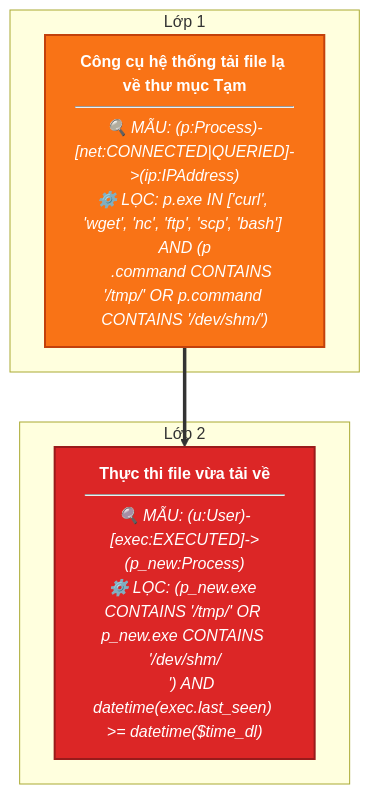
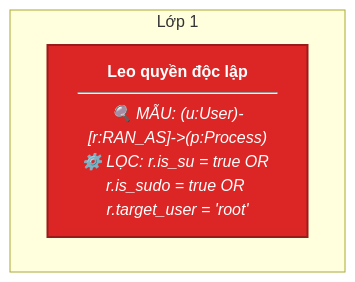
Before and after one commit to ttm62/bug-free-doodle: the ninth of 15 diagrams in all_rules/README.md, drawn with Mermaid. The commit also changed other lines of this file and 25 other files, not shown here.

````diff
--- a/all_rules/README.md
+++ b/all_rules/README.md
@@ -95,15 +140,11 @@
 ```mermaid
 graph TD
     classDef low fill:#fef08a,stroke:#ca8a04,stroke-width:2px,color:#854d0e;
     classDef medium fill:#f97316,stroke:#c2410c,stroke-width:2px,color:#fff;
     classDef high fill:#dc2626,stroke:#991b1b,stroke-width:2px,color:#fff;
     classDef critical fill:#7f1d1d,stroke:#450a0a,stroke-width:2px,color:#fff;
 
-    subgraph Layer_L1_LOLBIN_NETWORK ["Lớp 1"]
-        L1_LOLBIN_NETWORK["<b>Công cụ hệ thống tải file lạ về thư mục Tạm</b><br/><hr/><i>🔍 MẪU: (p:Process)-[net:CONNECTED|QUERIED]->(ip:IPAddress)<br/>⚙️ LỌC: p.exe IN ['curl', 'wget', 'nc', 'ftp', 'scp', 'bash'] AND (p<br/>&nbsp;&nbsp;&nbsp;&nbsp;.command CONTAINS '/tmp/' OR p.command CONTAINS '/dev/shm/')</i>"]:::medium
+    subgraph Layer_L1_PRIVESC ["Lớp 1"]
+        L1_PRIVESC["<b>Leo quyền độc lập</b><br/><hr/><i>🔍 MẪU: (u:User)-[r:RAN_AS]->(p:Process)<br/>⚙️ LỌC: r.is_su = true OR r.is_sudo = true OR r.target_user = 'root'</i>"]:::high
     end
-    subgraph Layer_L2_EXECUTE_DOWNLOADED_PAYLOAD ["Lớp 2"]
-        L2_EXECUTE_DOWNLOADED_PAYLOAD["<b>Thực thi file vừa tải về</b><br/><hr/><i>🔍 MẪU: (u:User)-[exec:EXECUTED]->(p_new:Process)<br/>⚙️ LỌC: (p_new.exe CONTAINS '/tmp/' OR p_new.exe CONTAINS '/dev/shm/<br/>&nbsp;&nbsp;&nbsp;&nbsp;') AND datetime(exec.last_seen) >= datetime($time_dl)</i>"]:::high
-    end
-    L1_LOLBIN_NETWORK ==> L2_EXECUTE_DOWNLOADED_PAYLOAD
 ```
````
